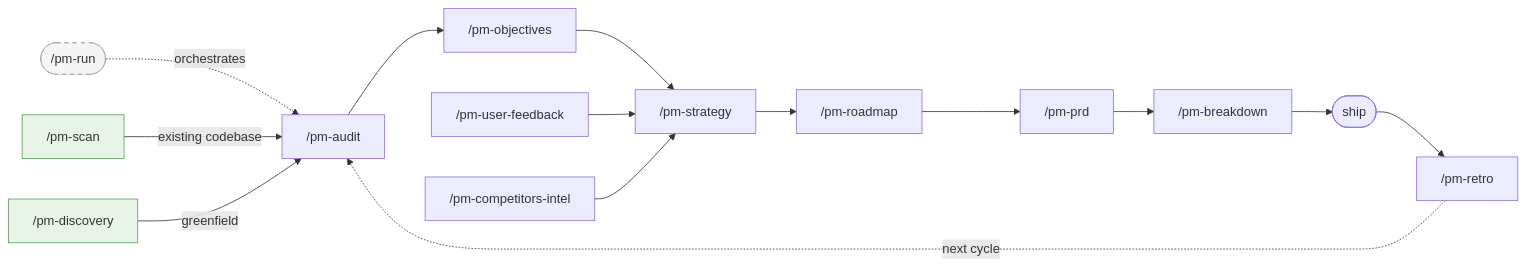
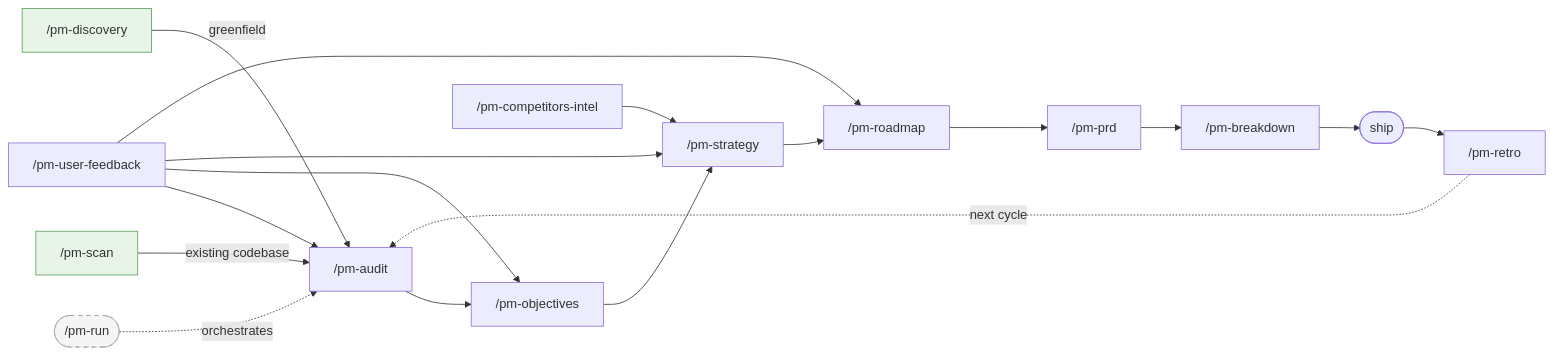
The diagram in README.md (nmrtn/nanopm), drawn with Mermaid before and after one commit. The commit also changed other lines of this file and 12 other files, not shown here.

````diff
--- a/README.md
+++ b/README.md
@@ -112,20 +112,23 @@
 ```mermaid
 graph LR
     RUN(["/pm-run"]):::runner -.->|orchestrates| AUDIT
 
     SCAN["/pm-scan"]:::entry -->|existing codebase| AUDIT["/pm-audit"]
     DISC["/pm-discovery"]:::entry -->|greenfield| AUDIT
-    AUDIT --> OBJ["/pm-objectives"]
+    UF["/pm-user-feedback"] --> AUDIT
+    UF --> OBJ["/pm-objectives"]
+    AUDIT --> OBJ
     OBJ --> STRAT["/pm-strategy"]
-    UF["/pm-user-feedback"] --> STRAT
+    UF --> STRAT
+    UF --> ROAD["/pm-roadmap"]
     CI["/pm-competitors-intel"] --> STRAT
-    STRAT --> ROAD["/pm-roadmap"]
+    STRAT --> ROAD
     ROAD --> PRD["/pm-prd"]
     PRD --> BREAK["/pm-breakdown"]
     BREAK --> SHIP(["ship"])
     SHIP --> RETRO["/pm-retro"]
     RETRO -.->|next cycle| AUDIT
 
     classDef runner fill:#f5f5f5,stroke:#aaa,stroke-dasharray:5 5
     classDef entry fill:#e8f4e8,stroke:#5a9e5a
 ```
````
